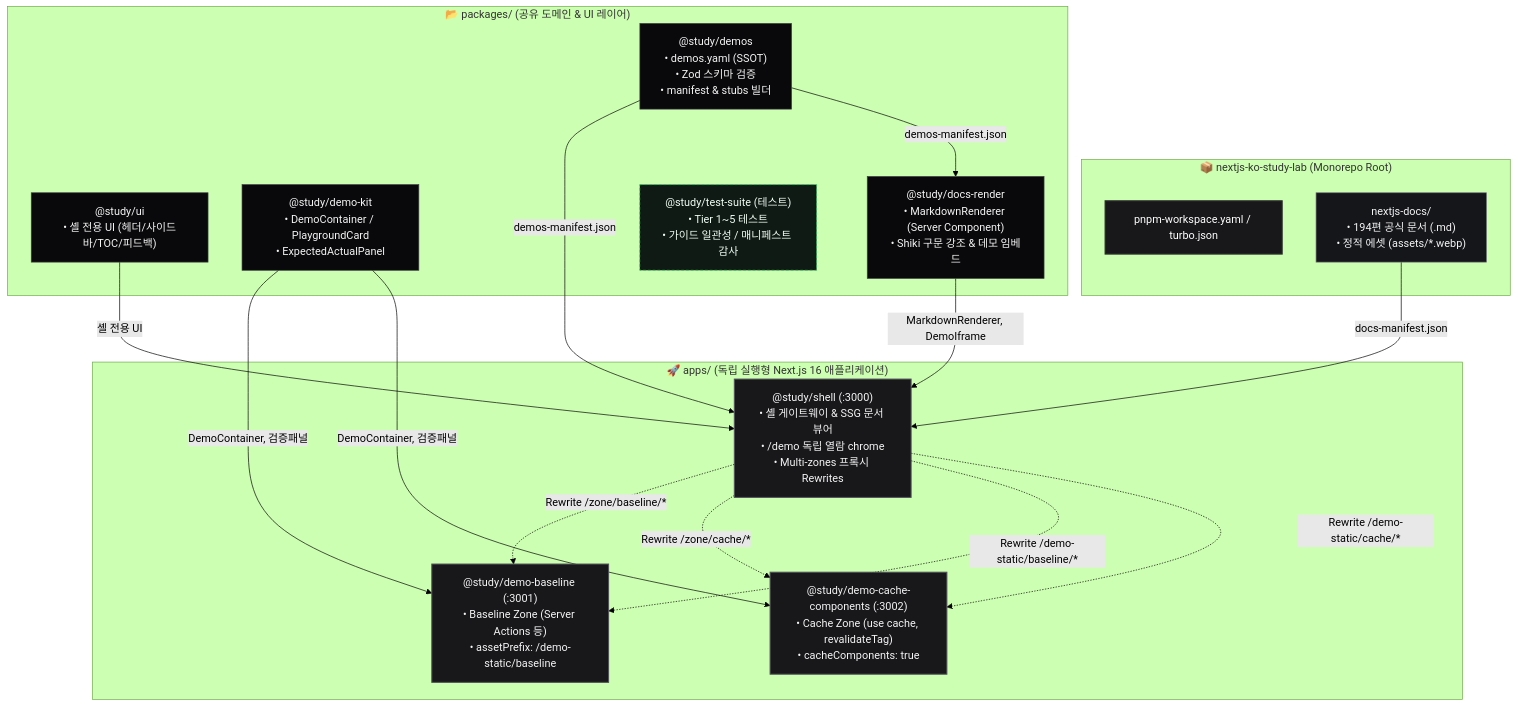
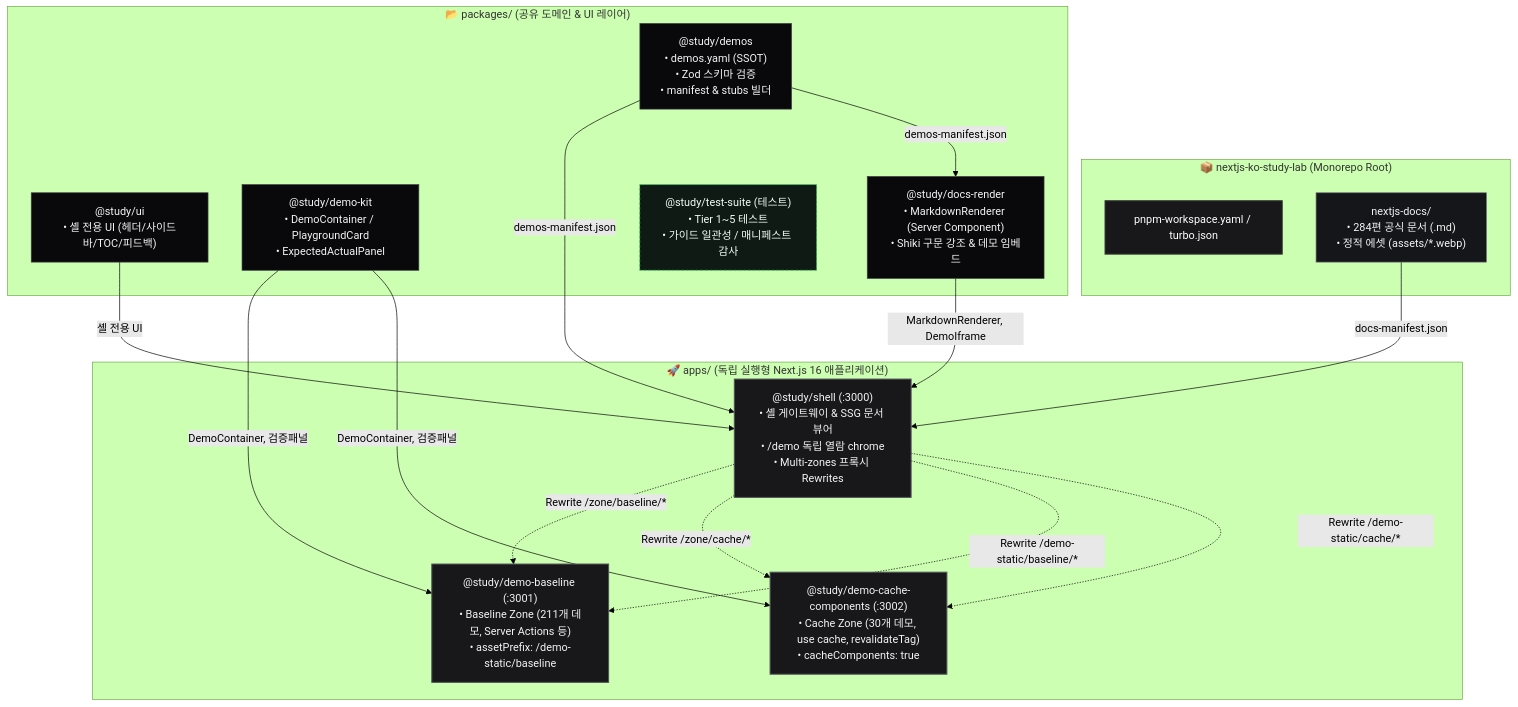
The diagram in README.md (Junyong34/nextjs-ko-study-lab), drawn with Mermaid (forest theme) before and after one commit. The commit also changed other lines of this file and 63 other files, not shown here.

First line of the commit message:
[main][refactor]: nextjs-app 문서 정리 및 AGENTS.md 계층화

````diff
--- a/README.md
+++ b/README.md
@@ -11,42 +11,42 @@
 ```mermaid
 graph TD
     classDef rootStyle fill:#18181b,stroke:#27272a,color:#ffffff,stroke-width:2px;
     classDef pkgStyle fill:#09090b,stroke:#3f3f46,color:#f4f4f5,stroke-width:1px;
     classDef appStyle fill:#18181b,stroke:#52525b,color:#f4f4f5,stroke-width:1.5px;
     classDef docStyle fill:#14161a,stroke:#71717a,color:#f4f4f5,stroke-width:1px;
     classDef testStyle fill:#0f1a14,stroke:#22c55e,color:#f0fdf4,stroke-width:1px,stroke-dasharray: 4 3;
 
     subgraph RepoRoot ["📦 nextjs-ko-study-lab (Monorepo Root)"]
         Workspace["pnpm-workspace.yaml / turbo.json"]:::rootStyle
-        DocsSource["nextjs-docs/<br/>• 194편 공식 문서 (.md)<br/>• 정적 에셋 (assets/*.webp)"]:::docStyle
+        DocsSource["nextjs-docs/<br/>• 284편 공식 문서 (.md)<br/>• 정적 에셋 (assets/*.webp)"]:::docStyle
     end
 
     subgraph Packages ["📂 packages/ (공유 도메인 & UI 레이어)"]
         DemosPkg["@study/demos<br/>• demos.yaml (SSOT)<br/>• Zod 스키마 검증<br/>• manifest & stubs 빌더"]:::pkgStyle
         UIPkg["@study/ui<br/>• 셸 전용 UI (헤더/사이드바/TOC/피드백)"]:::pkgStyle
         DemoKitPkg["@study/demo-kit<br/>• DemoContainer / PlaygroundCard<br/>• ExpectedActualPanel"]:::pkgStyle
         RenderPkg["@study/docs-render<br/>• MarkdownRenderer (Server Component)<br/>• Shiki 구문 강조 & 데모 임베드"]:::pkgStyle
         TestSuitePkg["@study/test-suite (테스트)<br/>• Tier 1~5 테스트<br/>• 가이드 일관성 / 매니페스트 감사"]:::testStyle
     end
 
     subgraph Apps ["🚀 apps/ (독립 실행형 Next.js 16 애플리케이션)"]
         ShellApp["@study/shell (:3000)<br/>• 셸 게이트웨이 & SSG 문서 뷰어<br/>• /demo 독립 열람 chrome<br/>• Multi-zones 프록시 Rewrites"]:::appStyle
-        DemoBaseline["@study/demo-baseline (:3001)<br/>• Baseline Zone (Server Actions 등)<br/>• assetPrefix: /demo-static/baseline"]:::appStyle
-        DemoCache["@study/demo-cache-components (:3002)<br/>• Cache Zone (use cache, revalidateTag)<br/>• cacheComponents: true"]:::appStyle
+        DemoBaseline["@study/demo-baseline (:3001)<br/>• Baseline Zone (211개 데모, Server Actions 등)<br/>• assetPrefix: /demo-static/baseline"]:::appStyle
+        DemoCache["@study/demo-cache-components (:3002)<br/>• Cache Zone (30개 데모, use cache, revalidateTag)<br/>• cacheComponents: true"]:::appStyle
     end
 
     %% 의존 관계
     DocsSource -->|docs-manifest.json| ShellApp
     DemosPkg -->|demos-manifest.json| ShellApp
     DemosPkg -->|demos-manifest.json| RenderPkg
     DemoKitPkg -->|DemoContainer, 검증패널| DemoBaseline
     DemoKitPkg -->|DemoContainer, 검증패널| DemoCache
     UIPkg -->|셸 전용 UI| ShellApp
     RenderPkg -->|MarkdownRenderer, DemoIframe| ShellApp
 
     %% 런타임 멀티 존 프록시 연결
     ShellApp -.->|Rewrite /zone/baseline/*| DemoBaseline
     ShellApp -.->|Rewrite /zone/cache/*| DemoCache
     ShellApp -.->|Rewrite /demo-static/baseline/*| DemoBaseline
     ShellApp -.->|Rewrite /demo-static/cache/*| DemoCache
 ```
````
